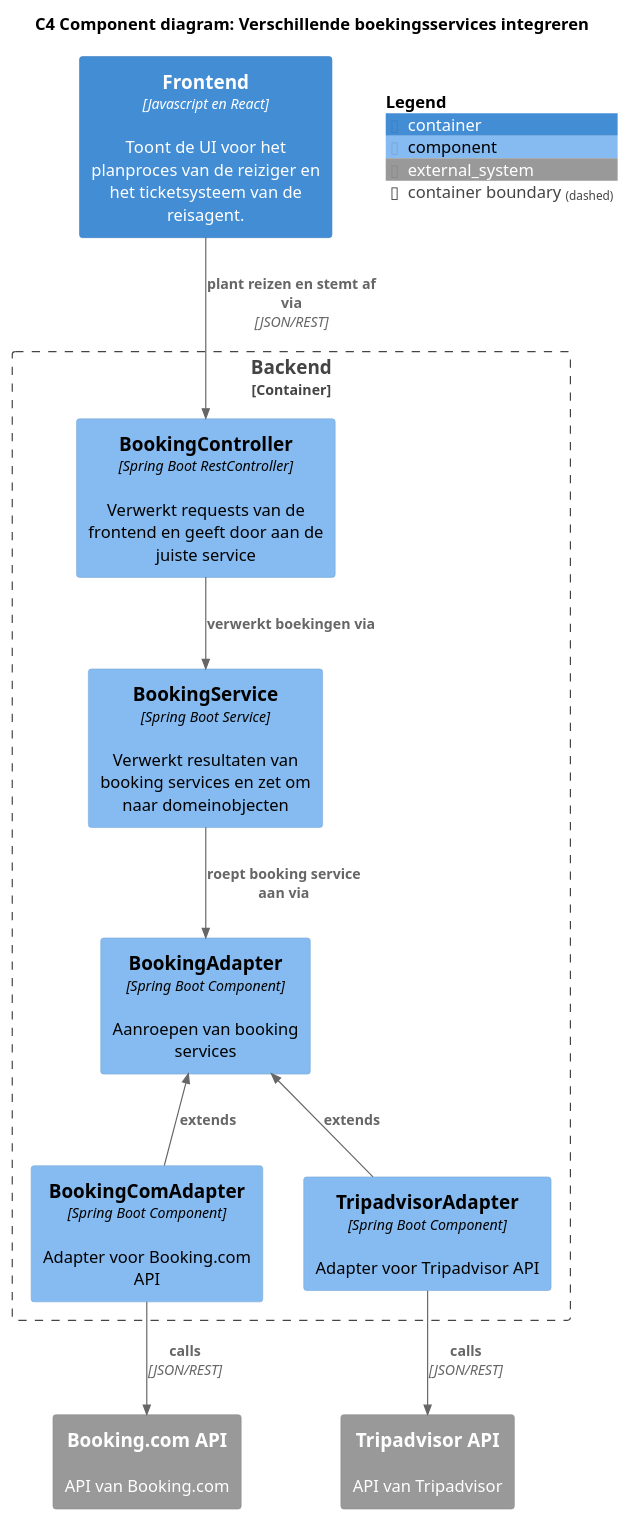
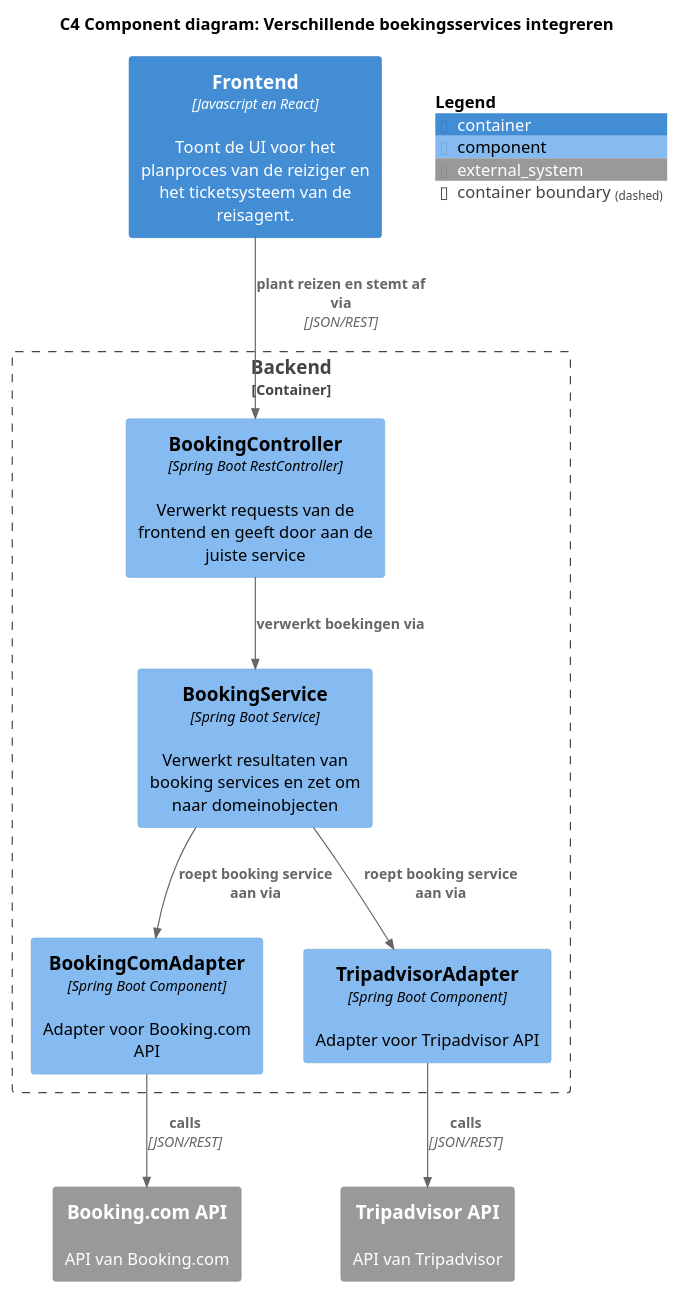
One commit to AIM-ENE-feb25/triptop-groep-4-jochem-roald-stijn-a changed the diagram in software-guidebook/sgb-bestanden/ontwerpvragen/Modifiability - Component diagram.puml. Above: the diagram before and after it, drawn with PlantUML.

Commit message:
Update Modifiability - Component diagram.puml

```diff
--- a/software-guidebook/sgb-bestanden/ontwerpvragen/Modifiability - Component diagram.puml
+++ b/software-guidebook/sgb-bestanden/ontwerpvragen/Modifiability - Component diagram.puml
@@ -1,31 +1,29 @@
 @startuml
 title C4 Component diagram: Verschillende boekingsservices integreren
 !include <C4/C4_Component.puml>
 top to bottom direction
 
 
 Container(Frontend, "Frontend", "Javascript en React", "Toont de UI voor het planproces van de reiziger en het ticketsysteem van de reisagent.")
 
 
 Container_Boundary(backend, "Backend") {
 Component(bookingController, "BookingController", "Spring Boot RestController", "Verwerkt requests van de frontend en geeft door aan de juiste service")
 Component(bookingService, "BookingService", "Spring Boot Service", "Verwerkt resultaten van booking services en zet om naar domeinobjecten")
-Component(bookingAdapter, "BookingAdapter", "Spring Boot Component", "Aanroepen van booking services")
 Component(BookingComAdapter, "BookingComAdapter", "Spring Boot Component", "Adapter voor Booking.com API")
 Component(tripAdvisorAdapter, "TripadvisorAdapter", "Spring Boot Component", "Adapter voor Tripadvisor API")
 }
 System_Ext(bookingComApi, "Booking.com API", "API van Booking.com")
 System_Ext(tripAdvisorApi, "Tripadvisor API", "API van Tripadvisor")
 
 Rel(Frontend, bookingController, "plant reizen en stemt af via", "JSON/REST")
 Rel(bookingController, bookingService, "verwerkt boekingen via")
-Rel(bookingService, bookingAdapter, "roept booking service aan via")
-Rel_U(BookingComAdapter, bookingAdapter, "extends")
-Rel_U(tripAdvisorAdapter, bookingAdapter, "extends")
+Rel(bookingService, BookingComAdapter, "roept booking service aan via")
+Rel(bookingService, tripAdvisorAdapter, "roept booking service aan via")
 Rel(BookingComAdapter, bookingComApi, "calls", "JSON/REST")
 Rel(tripAdvisorAdapter, tripAdvisorApi, "calls", "JSON/REST")
 
 
 SHOW_FLOATING_LEGEND()
 
 @enduml
```
